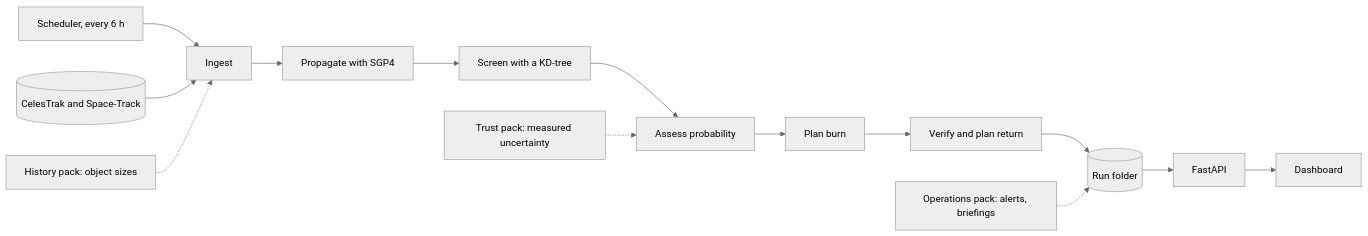
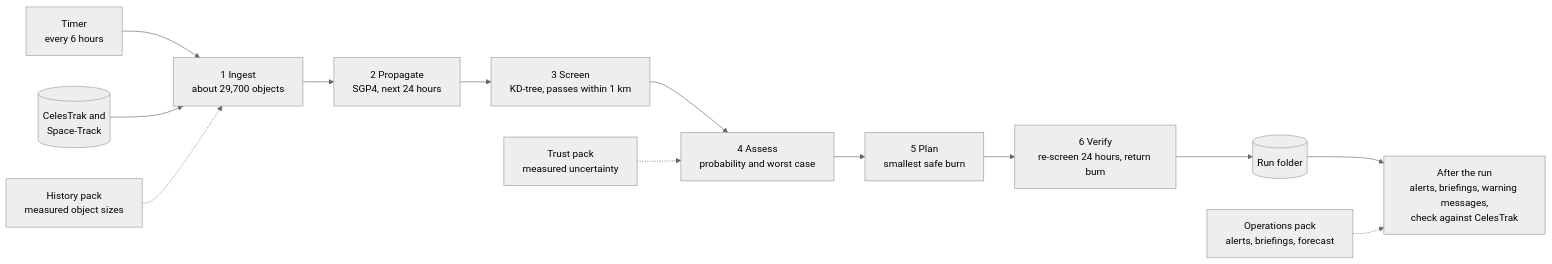
The first of 3 diagrams in README.md (Atharvchaskar008/EDITH), drawn with Mermaid (neutral theme) before and after one commit. The commit also changed other lines of this file and 1 other file, not shown here.

First line of the commit message:
README: three architecture diagrams for the system as it is now

````diff
--- a/README.md
+++ b/README.md
@@ -70,16 +74,15 @@
 ```mermaid
 flowchart LR
-    S[Scheduler, every 6 h] --> I
-    D[(CelesTrak and Space-Track)] --> I[Ingest]
-    I --> P[Propagate with SGP4]
-    P --> C[Screen with a KD-tree]
-    C --> A[Assess probability]
-    A --> M[Plan burn]
-    M --> V[Verify and plan return]
-    V --> R[(Run folder)]
-    R --> API[FastAPI]
-    API --> UI[Dashboard]
-    A1[History pack: object sizes] -.-> I
-    A2[Trust pack: measured uncertainty] -.-> A
-    A3[Operations pack: alerts, briefings] -.-> R
+    T["Timer<br/>every 6 hours"] --> I
+    SRC[("CelesTrak and<br/>Space-Track")] --> I["1 Ingest<br/>about 29,700 objects"]
+    I --> P["2 Propagate<br/>SGP4, next 24 hours"]
+    P --> S["3 Screen<br/>KD-tree, passes within 1 km"]
+    S --> A["4 Assess<br/>probability and worst case"]
+    A --> M["5 Plan<br/>smallest safe burn"]
+    M --> V["6 Verify<br/>re-screen 24 hours, return burn"]
+    V --> R[("Run folder")]
+    R --> W["After the run<br/>alerts, briefings, warning messages,<br/>check against CelesTrak"]
+    H["History pack<br/>measured object sizes"] -.-> I
+    U["Trust pack<br/>measured uncertainty"] -.-> A
+    O["Operations pack<br/>alerts, briefings, forecast"] -.-> W
 ```
````
